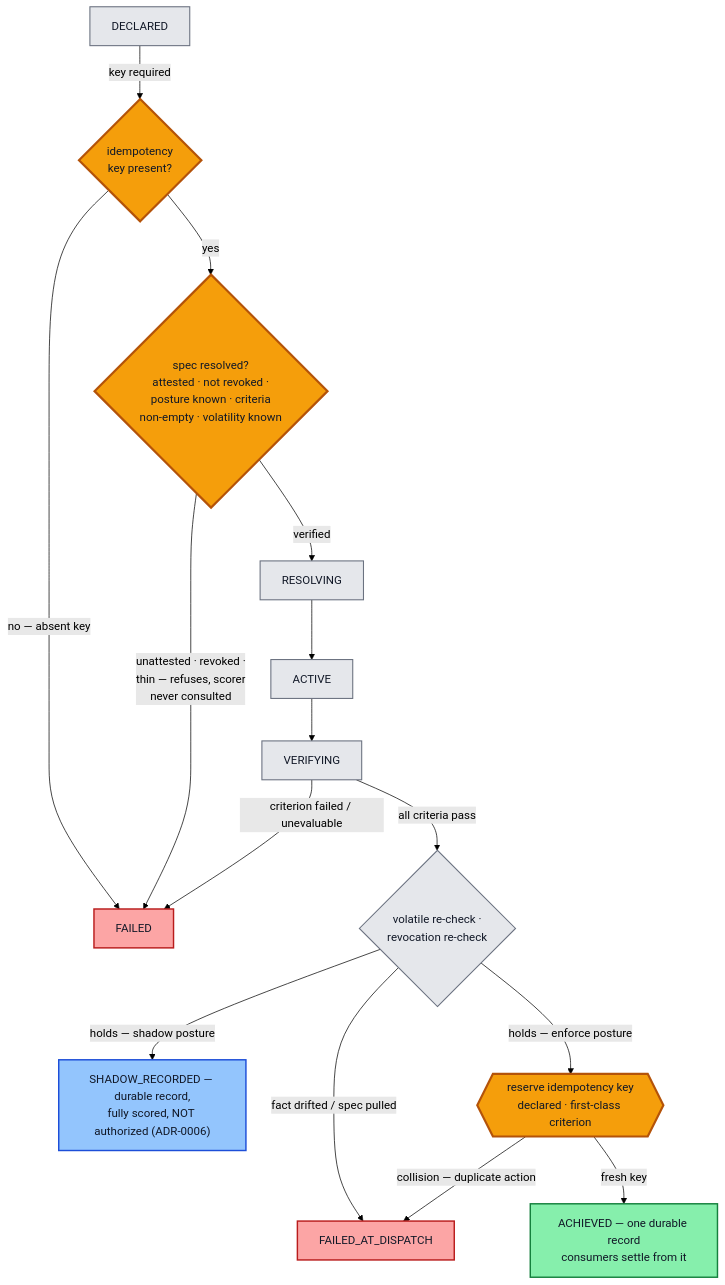
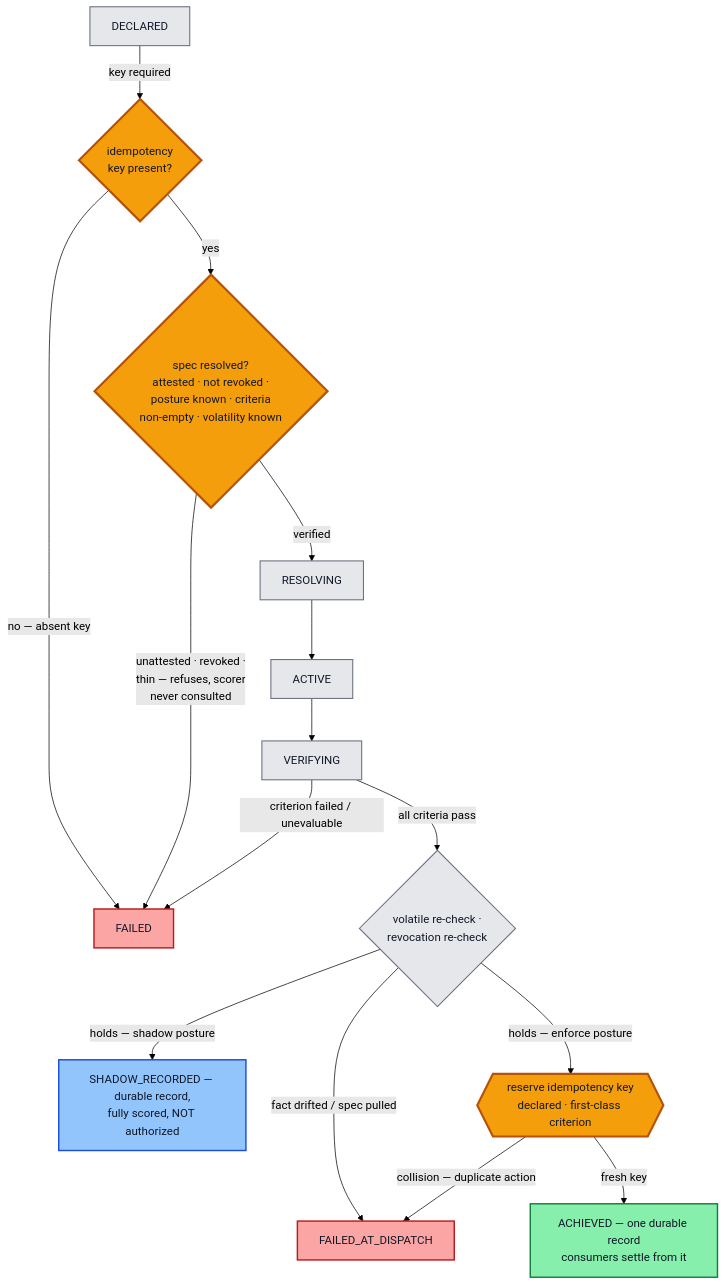
One commit to hossainpazooki/intent-plane changed the second of 3 diagrams in docs/architecture.md. Above: the diagram before and after it, drawn with Mermaid (forest theme). The commit also changed other lines of this file and 12 other files, not shown here.

````diff
--- a/docs/architecture.md
+++ b/docs/architecture.md
@@ -61,26 +61,26 @@
 ```mermaid
 flowchart TD
     D[DECLARED] -->|key required| K{idempotency<br/>key present?}
     K -->|no — absent key| F[FAILED]
     K -->|yes| TS{spec resolved?<br/>attested · not revoked ·<br/>posture known · criteria<br/>non-empty · volatility known}
     TS -->|"unattested · revoked ·<br/>thin — refuses, scorer<br/>never consulted"| F
     TS -->|verified| R[RESOLVING] --> A[ACTIVE] --> V[VERIFYING]
     V -->|criterion failed / unevaluable| F
     V -->|all criteria pass| VR{volatile re-check ·<br/>revocation re-check}
     VR -->|fact drifted / spec pulled| FD[FAILED_AT_DISPATCH]
-    VR -->|holds — shadow posture| SH["SHADOW_RECORDED — durable record,<br/>fully scored, NOT authorized (ADR-0006)"]
+    VR -->|holds — shadow posture| SH["SHADOW_RECORDED — durable record,<br/>fully scored, NOT authorized"]
     VR -->|holds — enforce posture| IDEM{{"reserve idempotency key<br/>declared · first-class criterion"}}
     IDEM -->|collision — duplicate action| FD
     IDEM -->|fresh key| ACH["ACHIEVED — one durable record<br/>consumers settle from it"]
 
     classDef neutral fill:#e5e7eb,stroke:#6b7280,stroke-width:1.5px,color:#111827;
     classDef idem fill:#f59e0b,stroke:#b45309,stroke-width:3px,color:#111827;
     classDef good fill:#86efac,stroke:#15803d,stroke-width:2px,color:#111827;
     classDef bad fill:#fca5a5,stroke:#b91c1c,stroke-width:2px,color:#111827;
     classDef durable fill:#93c5fd,stroke:#1d4ed8,stroke-width:2px,color:#111827;
     class D,R,A,V,VR neutral;
     class K,TS,IDEM idem;
     class ACH good;
     class SH durable;
     class F,FD bad;
 ```
````
